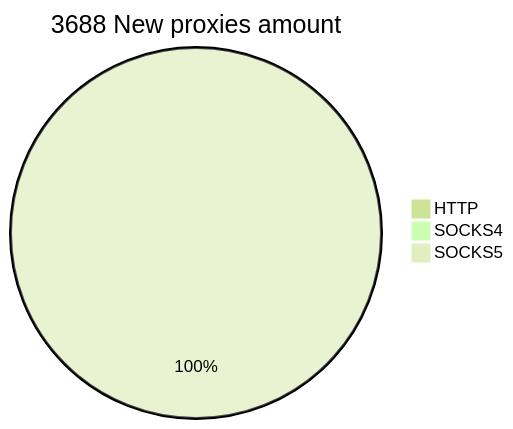
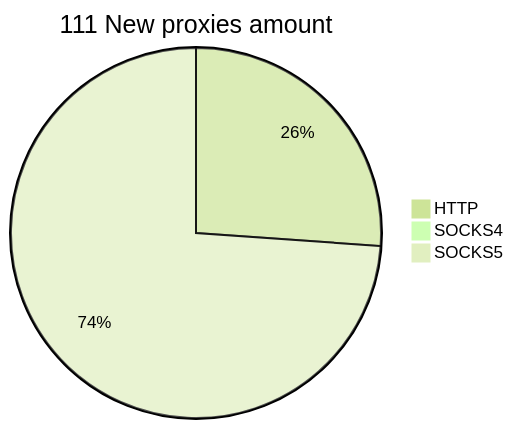
One commit to cutipu/proxylist changed the second of 2 diagrams in README.md. Above: the diagram before and after it, drawn with Mermaid (forest theme). The commit also changed other lines of this file, not shown here.

````diff
--- a/README.md
+++ b/README.md
@@ -10,6 +10,6 @@
 ```mermaid
-pie title 3688 New proxies amount
-    "HTTP" : 0
+pie title 111 New proxies amount
+    "HTTP" : 29
     "SOCKS4" : 0
-    "SOCKS5" : 3688
+    "SOCKS5" : 82
 ```
````
